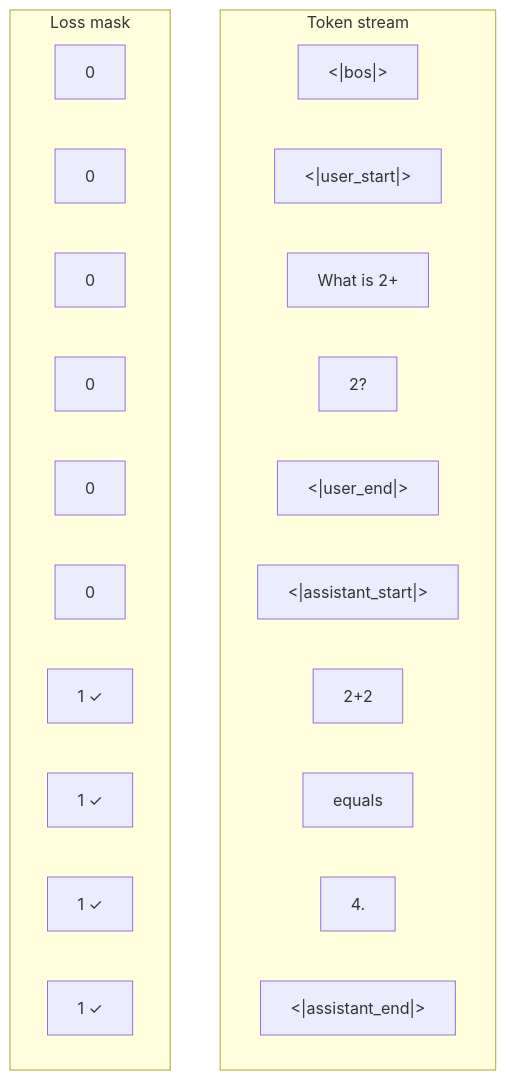
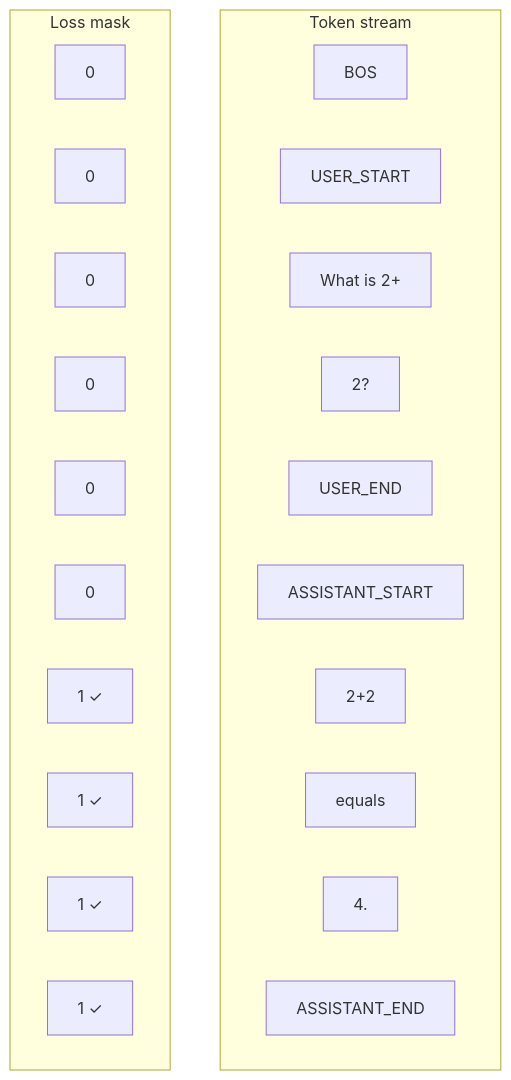
One commit to meever/nanochat changed the fifth of 6 diagrams in learn/03_tokenizer.md. Above: the diagram before and after it, drawn with Mermaid. The commit also changed other lines of this file and 11 other files, not shown here.

````diff
--- a/learn/03_tokenizer.md
+++ b/learn/03_tokenizer.md
@@ -190,30 +190,30 @@
 ```mermaid
 flowchart TD
   subgraph Tokens["Token stream"]
     direction LR
-    B["<|bos|>"]
-    US["<|user_start|>"]
+    B["BOS"]
+    US["USER_START"]
     Q["What is 2+"]
     Q2["2?"]
-    UE["<|user_end|>"]
-    AS["<|assistant_start|>"]
+    UE["USER_END"]
+    AS["ASSISTANT_START"]
     A1["2+2"]
     A2["equals"]
     A3["4."]
-    AE["<|assistant_end|>"]
+    AE["ASSISTANT_END"]
   end
 
   subgraph Mask["Loss mask"]
     direction LR
     M1["0"]
     M2["0"]
     M3["0"]
     M4["0"]
     M5["0"]
     M6["0"]
     M7["1 ✓"]
     M8["1 ✓"]
     M9["1 ✓"]
     M10["1 ✓"]
   end
 ```
````
